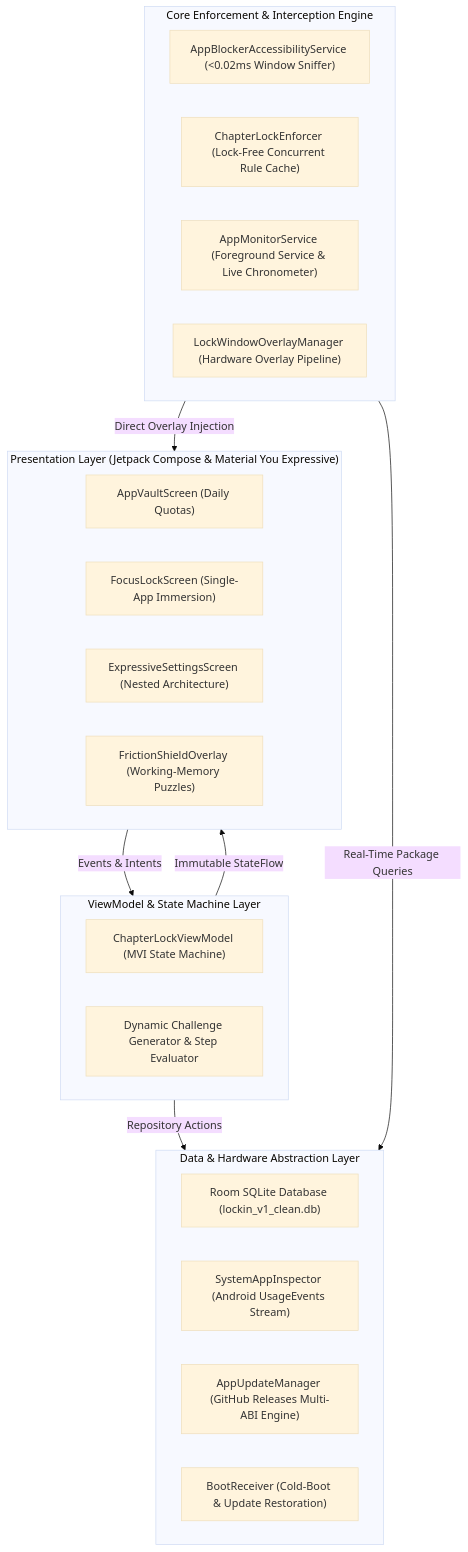
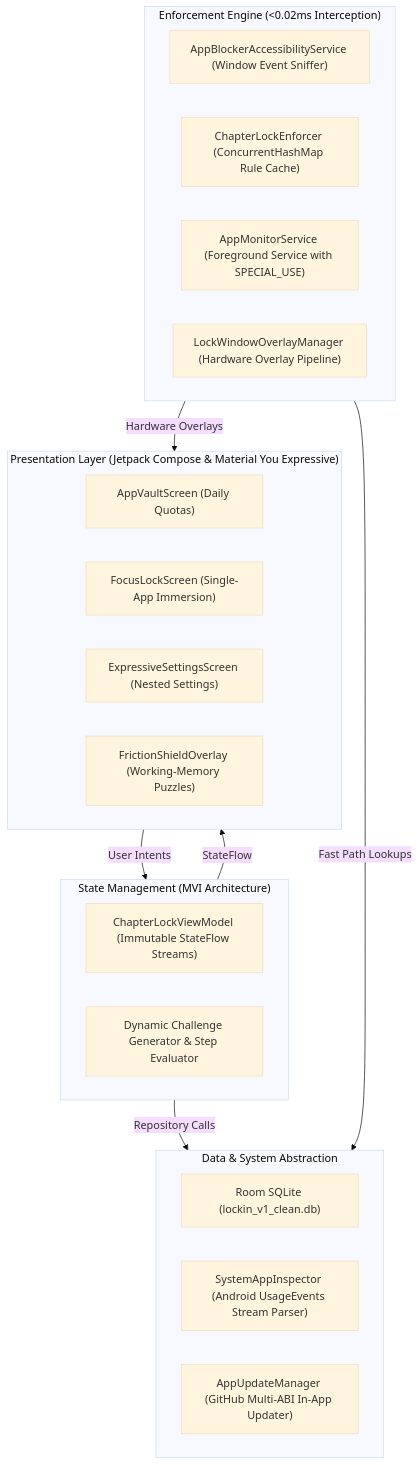
The diagram in README.md (Sourish25/LockIN), drawn with Mermaid (base theme) before and after one commit. The commit also changed other lines of this file, not shown here.

Commit message:
docs: balance README with accessible user-first copy, Material You Expressive principles, and zero emojis

````diff
--- a/README.md
+++ b/README.md
@@ -122,34 +113,33 @@
 ```mermaid
 graph TD
     subgraph UI ["Presentation Layer (Jetpack Compose & Material You Expressive)"]
-        VaultScreen["AppVaultScreen (Daily Quotas)"]
-        FocusScreen["FocusLockScreen (Single-App Immersion)"]
-        SettingsScreen["ExpressiveSettingsScreen (Nested Architecture)"]
-        FrictionOverlay["FrictionShieldOverlay (Working-Memory Puzzles)"]
+        Vault["AppVaultScreen (Daily Quotas)"]
+        Focus["FocusLockScreen (Single-App Immersion)"]
+        Settings["ExpressiveSettingsScreen (Nested Settings)"]
+        Friction["FrictionShieldOverlay (Working-Memory Puzzles)"]
     end
 
-    subgraph Domain ["ViewModel & State Machine Layer"]
-        VM["ChapterLockViewModel (MVI State Machine)"]
-        PuzzleGen["Dynamic Challenge Generator & Step Evaluator"]
+    subgraph StateMachine ["State Management (MVI Architecture)"]
+        ViewModel["ChapterLockViewModel (Immutable StateFlow Streams)"]
+        Generator["Dynamic Challenge Generator & Step Evaluator"]
     end
 
-    subgraph Enforcement ["Core Enforcement & Interception Engine"]
-        A11yService["AppBlockerAccessibilityService (<0.02ms Window Sniffer)"]
-        Enforcer["ChapterLockEnforcer (Lock-Free Concurrent Rule Cache)"]
-        MonitorService["AppMonitorService (Foreground Service & Live Chronometer)"]
-        OverlayManager["LockWindowOverlayManager (Hardware Overlay Pipeline)"]
+    subgraph CoreEngine ["Enforcement Engine (<0.02ms Interception)"]
+        A11y["AppBlockerAccessibilityService (Window Event Sniffer)"]
+        RuleCache["ChapterLockEnforcer (ConcurrentHashMap Rule Cache)"]
+        ForegroundSvc["AppMonitorService (Foreground Service with SPECIAL_USE)"]
+        WindowOverlay["LockWindowOverlayManager (Hardware Overlay Pipeline)"]
     end
 
-    subgraph DataLayer ["Data & Hardware Abstraction Layer"]
-        RoomDB["Room SQLite Database (lockin_v1_clean.db)"]
-        UsageInspector["SystemAppInspector (Android UsageEvents Stream)"]
-        Updater["AppUpdateManager (GitHub Releases Multi-ABI Engine)"]
-        BootReceiver["BootReceiver (Cold-Boot & Update Restoration)"]
+    subgraph Persistence ["Data & System Abstraction"]
+        Database["Room SQLite (lockin_v1_clean.db)"]
+        Usage["SystemAppInspector (Android UsageEvents Stream Parser)"]
+        Updater["AppUpdateManager (GitHub Multi-ABI In-App Updater)"]
     end
 
-    UI -->|Events & Intents| Domain
-    Domain -->|Immutable StateFlow| UI
-    Domain -->|Repository Actions| DataLayer
-    Enforcement -->|Real-Time Package Queries| DataLayer
-    Enforcement -->|Direct Overlay Injection| UI
+    UI -->|User Intents| StateMachine
+    StateMachine -->|StateFlow| UI
+    StateMachine -->|Repository Calls| Persistence
+    CoreEngine -->|Fast Path Lookups| Persistence
+    CoreEngine -->|Hardware Overlays| UI
 ```
````
